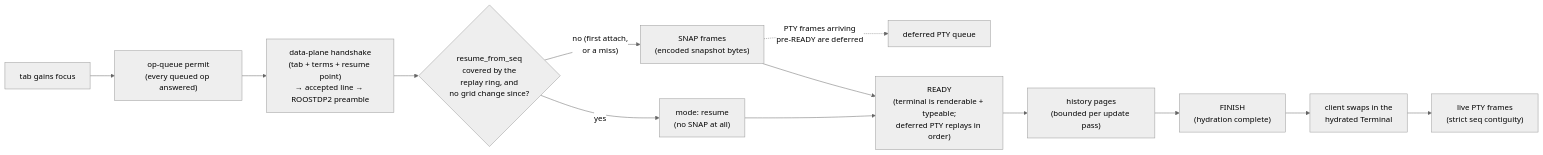
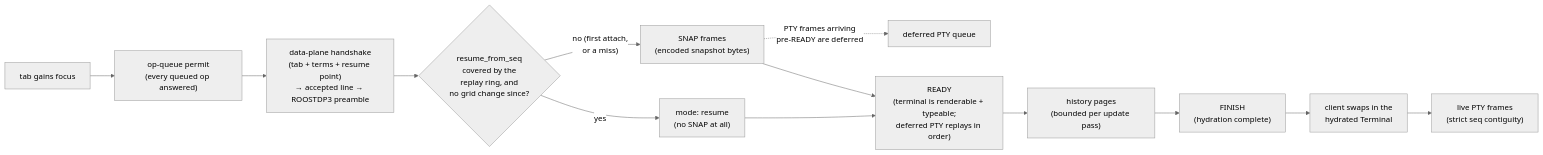
Before and after one commit to charliek/roost: the second of 4 diagrams in docs/development/host-sessions.md, drawn with Mermaid (neutral theme). The commit also changed other lines of this file and 5 other files, not shown here.

````diff
--- a/docs/development/host-sessions.md
+++ b/docs/development/host-sessions.md
@@ -52,15 +52,15 @@
 ```mermaid
 flowchart LR
   Focus["tab gains focus"] --> Permit["op-queue permit<br/>(every queued op answered)"]
-  Permit --> Handshake["data-plane handshake<br/>(tab + terms + resume point)<br/>→ accepted line → ROOSTDP2 preamble"]
+  Permit --> Handshake["data-plane handshake<br/>(tab + terms + resume point)<br/>→ accepted line → ROOSTDP3 preamble"]
   Handshake --> Check{"resume_from_seq<br/>covered by the<br/>replay ring, and<br/>no grid change since?"}
   Check -- "no (first attach,<br/>or a miss)" --> Snap["SNAP frames<br/>(encoded snapshot bytes)"]
   Check -- "yes" --> ResumeMode["mode: resume<br/>(no SNAP at all)"]
   Snap -.->|"PTY frames arriving<br/>pre-READY are deferred"| Deferred["deferred PTY queue"]
   Snap --> Ready["READY<br/>(terminal is renderable + typeable;<br/>deferred PTY replays in order)"]
   ResumeMode --> Ready
   Ready --> History["history pages<br/>(bounded per update pass)"]
   History --> Finish["FINISH<br/>(hydration complete)"]
   Finish --> Swap["client swaps in the<br/>hydrated Terminal"]
   Swap --> Live["live PTY frames<br/>(strict seq contiguity)"]
 ```
````
